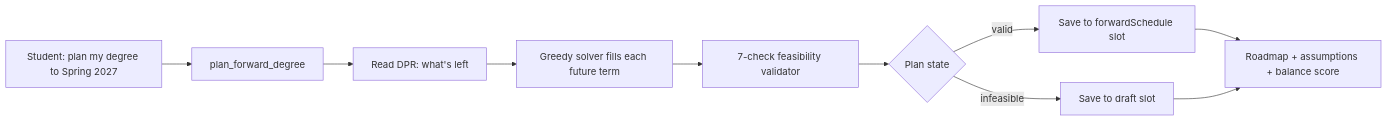
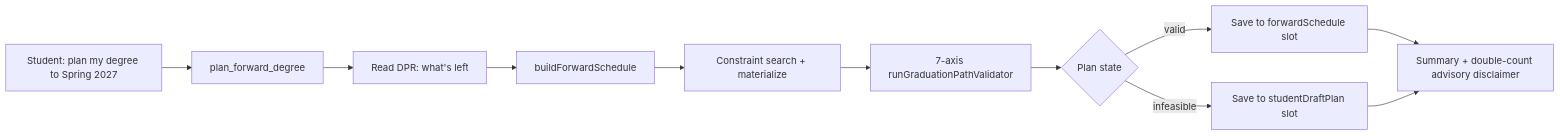
One commit to EdoardoMongardi/NYU_Path changed the first of 3 diagrams in Docs/current-system/tools/plan_forward_degree.md. Above: the diagram before and after it, drawn with Mermaid. The commit also changed other lines of this file and 73 other files, not shown here.

````diff
--- a/Docs/current-system/tools/plan_forward_degree.md
+++ b/Docs/current-system/tools/plan_forward_degree.md
@@ -7,12 +11,13 @@
 ```mermaid
 flowchart LR
     Q[Student: plan my degree to Spring 2027] --> T[plan_forward_degree]
     T --> D[Read DPR: what's left]
-    D --> S[Greedy solver fills each future term]
-    S --> V[7-check feasibility validator]
+    D --> B[buildForwardSchedule]
+    B --> S[Constraint search + materialize]
+    S --> V[7-axis runGraduationPathValidator]
     V --> ST{Plan state}
     ST -->|valid| MAIN[Save to forwardSchedule slot]
-    ST -->|infeasible| DRAFT[Save to draft slot]
-    MAIN --> R[Roadmap + assumptions + balance score]
+    ST -->|infeasible| DRAFT[Save to studentDraftPlan slot]
+    MAIN --> R[Summary + double-count advisory disclaimer]
     DRAFT --> R
 ```
````
